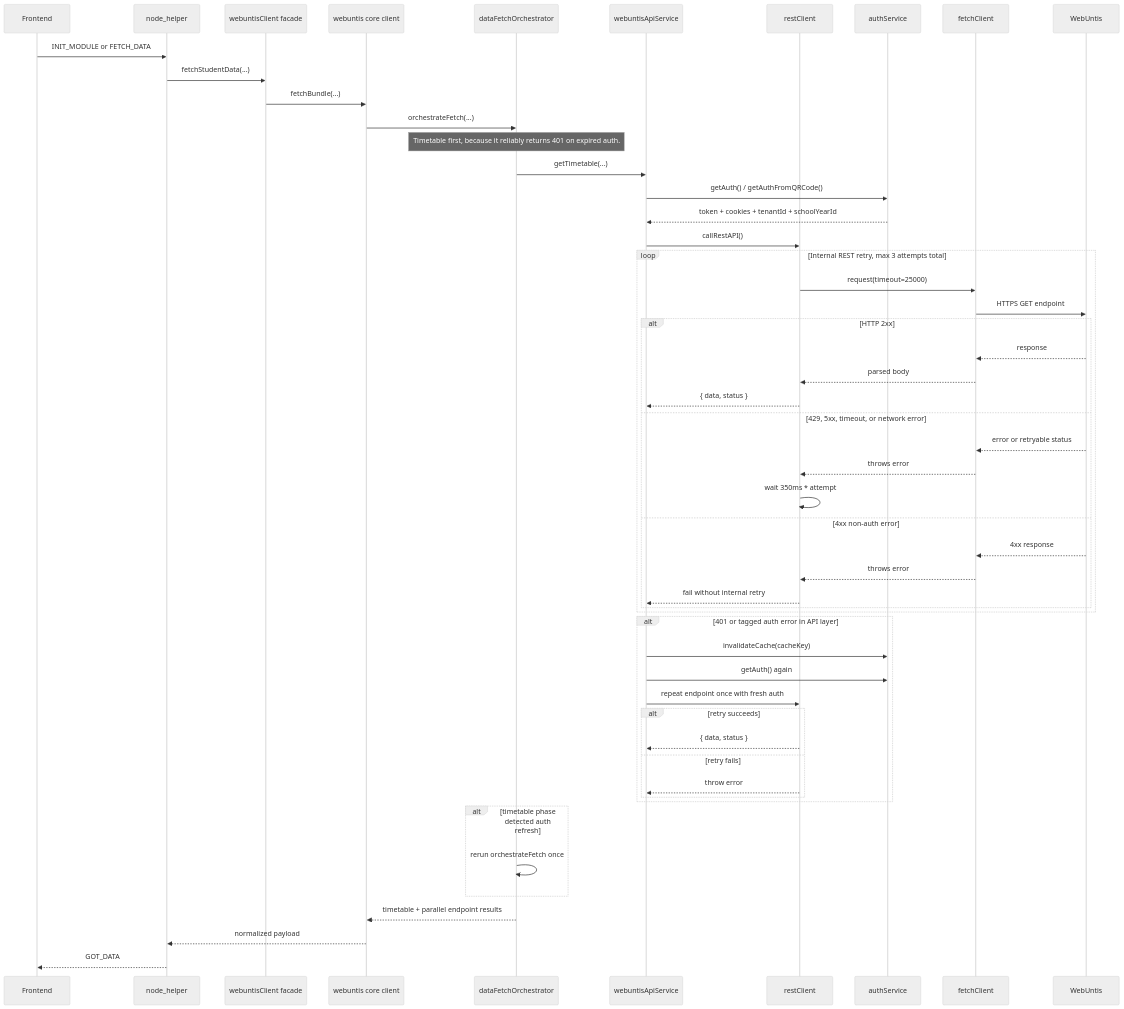
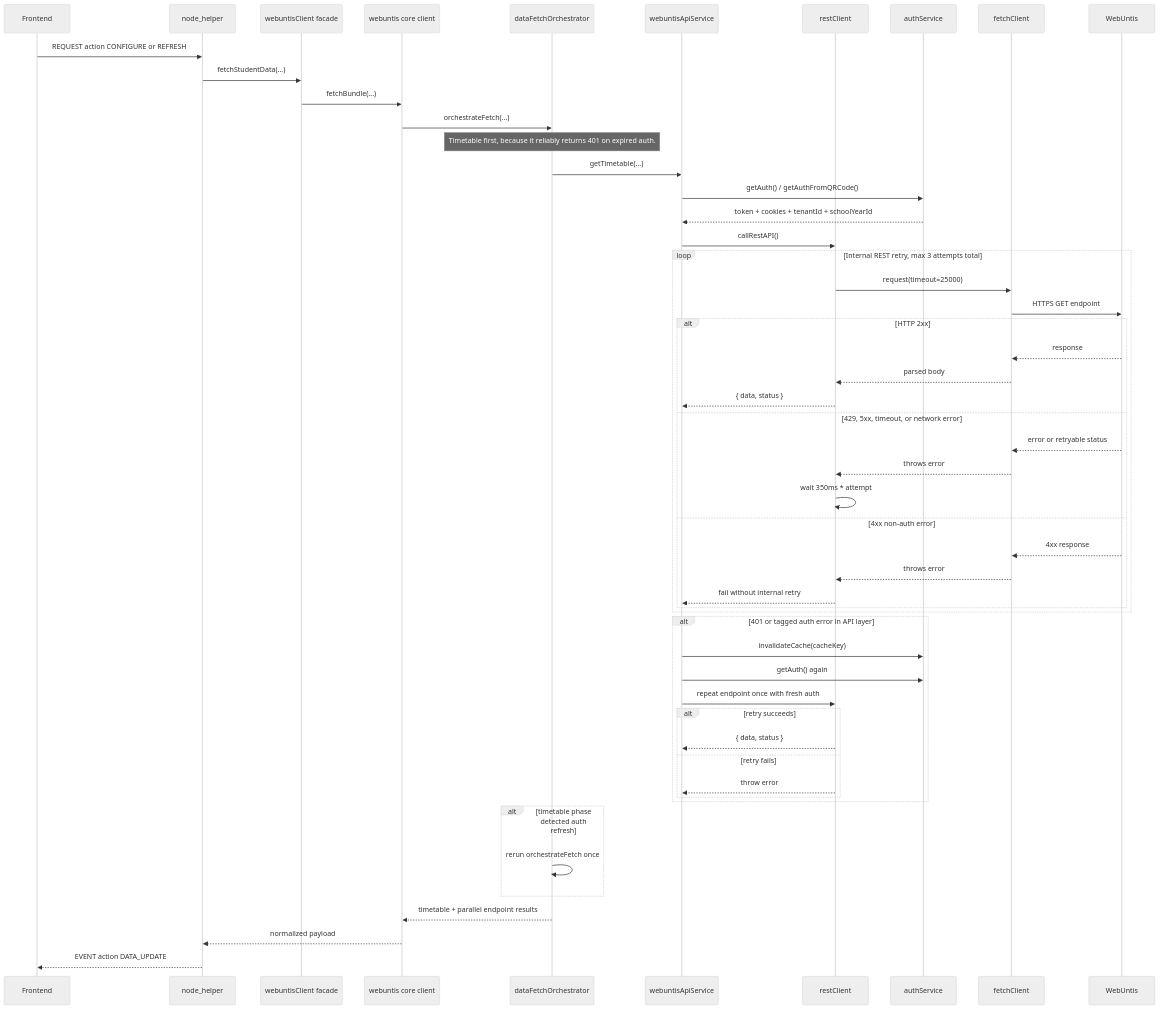
The second of 2 diagrams in docs/SERVER_REQUEST_FLOW.md (HeikoGr/MMM-Webuntis), drawn with Mermaid (neutral theme) before and after one commit. The commit also changed other lines of this file and 16 other files, not shown here.

````diff
--- a/docs/SERVER_REQUEST_FLOW.md
+++ b/docs/SERVER_REQUEST_FLOW.md
@@ -112,62 +112,62 @@
 ```mermaid
 sequenceDiagram
     participant FE as Frontend
     participant NH as node_helper
     participant WF as webuntisClient facade
     participant WC as webuntis core client
     participant OR as dataFetchOrchestrator
     participant API as webuntisApiService
     participant RC as restClient
     participant AU as authService
     participant FC as fetchClient
     participant WU as WebUntis
 
-    FE->>NH: INIT_MODULE or FETCH_DATA
+    FE->>NH: REQUEST action CONFIGURE or REFRESH
     NH->>WF: fetchStudentData(...)
     WF->>WC: fetchBundle(...)
     WC->>OR: orchestrateFetch(...)
 
     Note over OR: Timetable first, because it reliably returns 401 on expired auth.
 
     OR->>API: getTimetable(...)
     API->>AU: getAuth() / getAuthFromQRCode()
     AU-->>API: token + cookies + tenantId + schoolYearId
     API->>RC: callRestAPI()
 
     loop Internal REST retry, max 3 attempts total
         RC->>FC: request(timeout=25000)
         FC->>WU: HTTPS GET endpoint
         alt HTTP 2xx
             WU-->>FC: response
             FC-->>RC: parsed body
             RC-->>API: { data, status }
         else 429, 5xx, timeout, or network error
             WU-->>FC: error or retryable status
             FC-->>RC: throws error
             RC->>RC: wait 350ms * attempt
         else 4xx non-auth error
             WU-->>FC: 4xx response
             FC-->>RC: throws error
             RC-->>API: fail without internal retry
         end
     end
 
     alt 401 or tagged auth error in API layer
         API->>AU: invalidateCache(cacheKey)
         API->>AU: getAuth() again
         API->>RC: repeat endpoint once with fresh auth
         alt retry succeeds
             RC-->>API: { data, status }
         else retry fails
             RC-->>API: throw error
         end
     end
 
     alt timetable phase detected auth refresh
         OR->>OR: rerun orchestrateFetch once
     end
 
     OR-->>WC: timetable + parallel endpoint results
     WC-->>NH: normalized payload
-    NH-->>FE: GOT_DATA
+    NH-->>FE: EVENT action DATA_UPDATE
 ```
````
